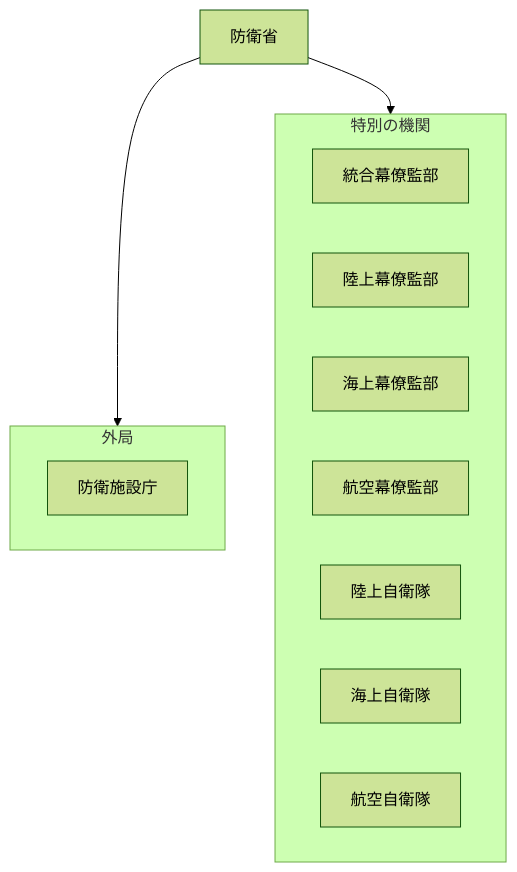
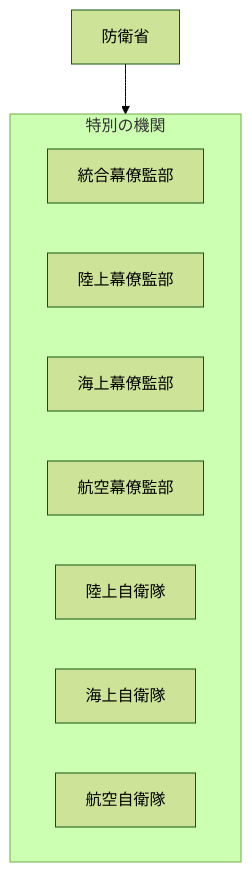
One commit to tatemaru/jp-admin-org-chart changed the diagram in 行政機構/防衛省/README.md. Above: the diagram before and after it, drawn with Mermaid (forest theme). The commit also changed other lines of this file and 1 other file, not shown here.

Commit message:
feat(防衛施設庁): 防衛施設庁を廃止
根拠: 防衛省設置法等
施行: 2007-09-01
出典: https://ja.wikipedia.org/wiki/外局

種別: 廃止

````diff
--- a/行政機構/防衛省/README.md
+++ b/行政機構/防衛省/README.md
@@ -7,18 +5,14 @@
 ```mermaid
 flowchart TB
   root["防衛省"]
-  subgraph g0["外局"]
-    n0_0["防衛施設庁"]
+  subgraph g0["特別の機関"]
+    n0_0["統合幕僚監部"]
+    n0_1["陸上幕僚監部"]
+    n0_2["海上幕僚監部"]
+    n0_3["航空幕僚監部"]
+    n0_4["陸上自衛隊"]
+    n0_5["海上自衛隊"]
+    n0_6["航空自衛隊"]
   end
   root --> g0
-  subgraph g1["特別の機関"]
-    n1_0["統合幕僚監部"]
-    n1_1["陸上幕僚監部"]
-    n1_2["海上幕僚監部"]
-    n1_3["航空幕僚監部"]
-    n1_4["陸上自衛隊"]
-    n1_5["海上自衛隊"]
-    n1_6["航空自衛隊"]
-  end
-  root --> g1
 ```
````
